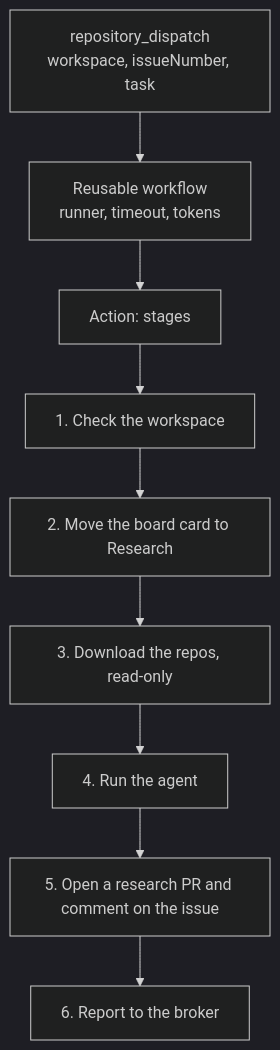
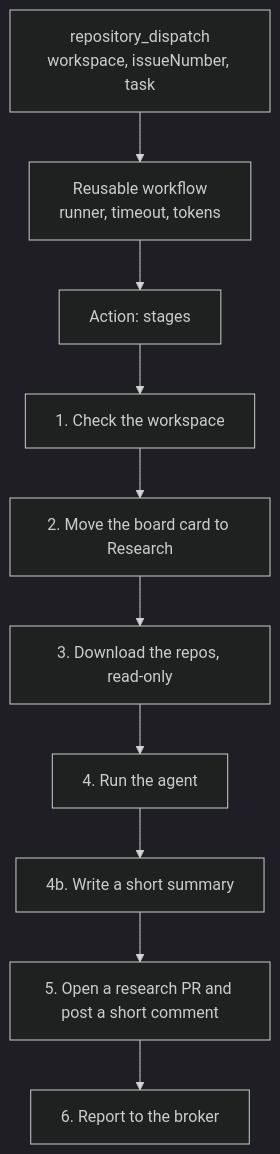
Before and after one commit to TheCloudPlumbingCo/slop-factory-pieces: the diagram in packages/github/rpi-workflow/README.md, drawn with Mermaid (dark theme). The commit also changed other lines of this file and 8 other files, not shown here.

First line of the commit message:
Short issue comment with diagrams; the full research stays in the PR file

````diff
--- a/packages/github/rpi-workflow/README.md
+++ b/packages/github/rpi-workflow/README.md
@@ -56,11 +56,12 @@
 ```mermaid
 flowchart TD
     D["repository_dispatch<br/>workspace, issueNumber, task"] --> W["Reusable workflow<br/>runner, timeout, tokens"]
     W --> A["Action: stages"]
     A --> S1["1. Check the workspace"]
     S1 --> S2["2. Move the board card to Research"]
     S2 --> S3["3. Download the repos, read-only"]
     S3 --> S4["4. Run the agent"]
-    S4 --> S5["5. Open a research PR and comment on the issue"]
+    S4 --> S4b["4b. Write a short summary"]
+    S4b --> S5["5. Open a research PR and post a short comment"]
     S5 --> S6["6. Report to the broker"]
 ```
````
